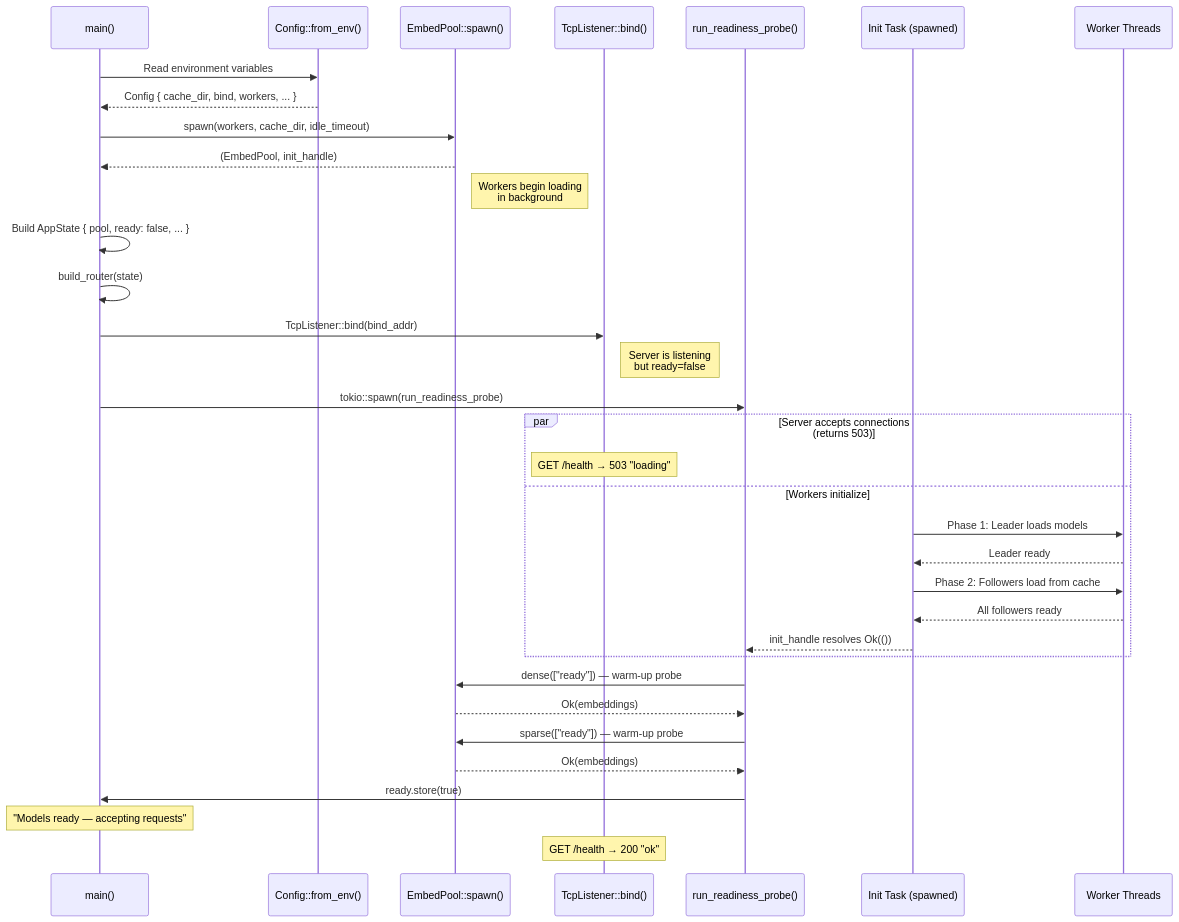
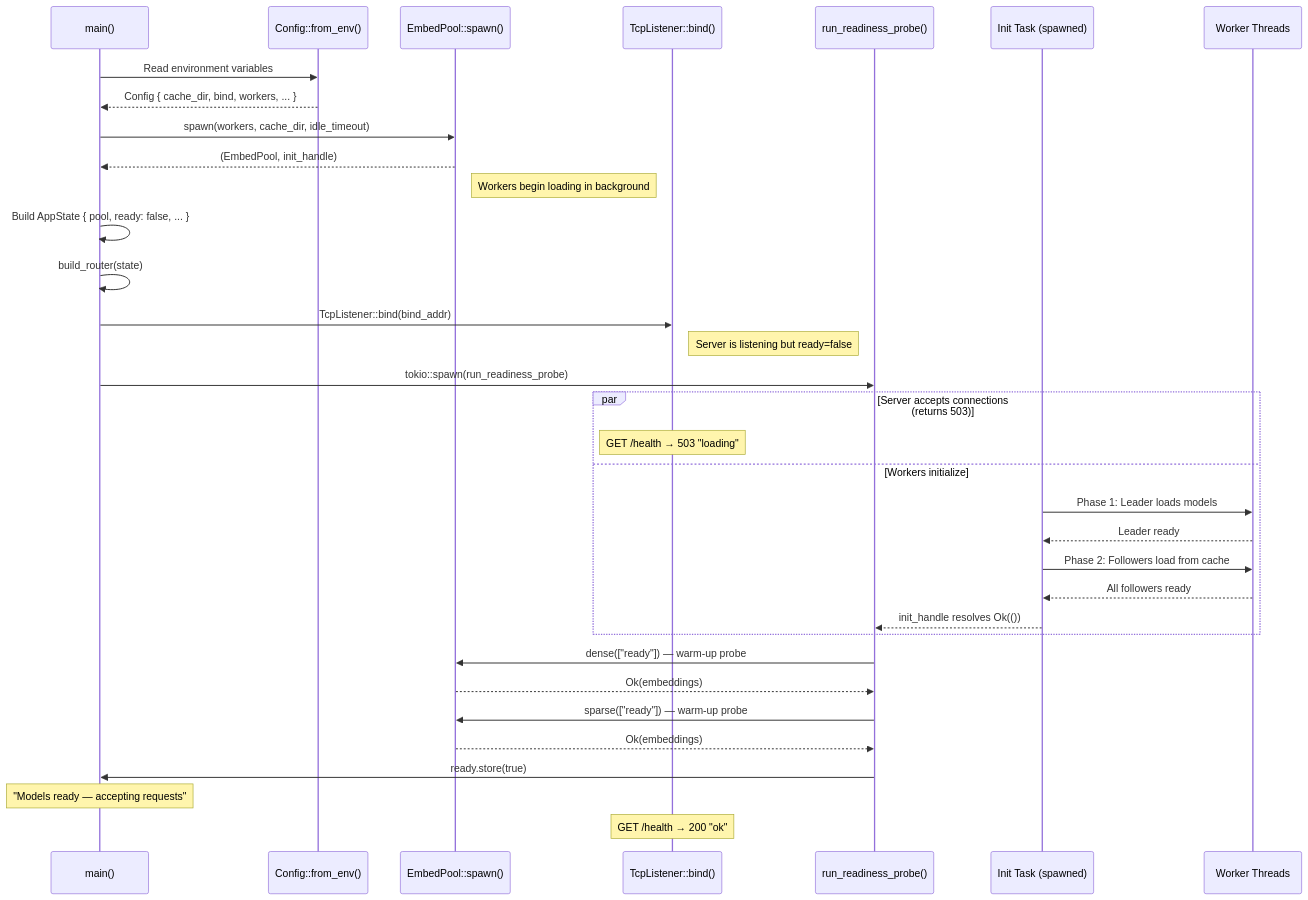
The third of 4 diagrams in docs/cold-start.md (Fulton-Engineering-Services/bge-m3-embedding-server), drawn with Mermaid before and after one commit. The commit also changed other lines of this file and 117 other files, not shown here.

````diff
--- a/docs/cold-start.md
+++ b/docs/cold-start.md
@@ -94,44 +94,44 @@
 ```mermaid
 sequenceDiagram
     participant Main as main()
     participant Config as Config::from_env()
     participant Pool as EmbedPool::spawn()
     participant Listener as TcpListener::bind()
     participant Probe as run_readiness_probe()
     participant InitTask as Init Task (spawned)
     participant Workers as Worker Threads
 
     Main->>Config: Read environment variables
     Config-->>Main: Config { cache_dir, bind, workers, ... }
 
     Main->>Pool: spawn(workers, cache_dir, idle_timeout)
     Pool-->>Main: (EmbedPool, init_handle)
-    Note right of Pool: Workers begin loading<br/>in background
+    Note right of Pool: Workers begin loading in background
 
     Main->>Main: Build AppState { pool, ready: false, ... }
     Main->>Main: build_router(state)
 
     Main->>Listener: TcpListener::bind(bind_addr)
-    Note right of Listener: Server is listening<br/>but ready=false
+    Note right of Listener: Server is listening but ready=false
 
     Main->>Probe: tokio::spawn(run_readiness_probe)
 
     par Server accepts connections (returns 503)
         Note over Listener: GET /health → 503 "loading"
     and Workers initialize
         InitTask->>Workers: Phase 1: Leader loads models
         Workers-->>InitTask: Leader ready
         InitTask->>Workers: Phase 2: Followers load from cache
         Workers-->>InitTask: All followers ready
         InitTask-->>Probe: init_handle resolves Ok(())
     end
 
     Probe->>Pool: dense(["ready"]) — warm-up probe
     Pool-->>Probe: Ok(embeddings)
     Probe->>Pool: sparse(["ready"]) — warm-up probe
     Pool-->>Probe: Ok(embeddings)
 
     Probe->>Main: ready.store(true)
     Note over Main: "Models ready — accepting requests"
     Note over Listener: GET /health → 200 "ok"
 ```
````
